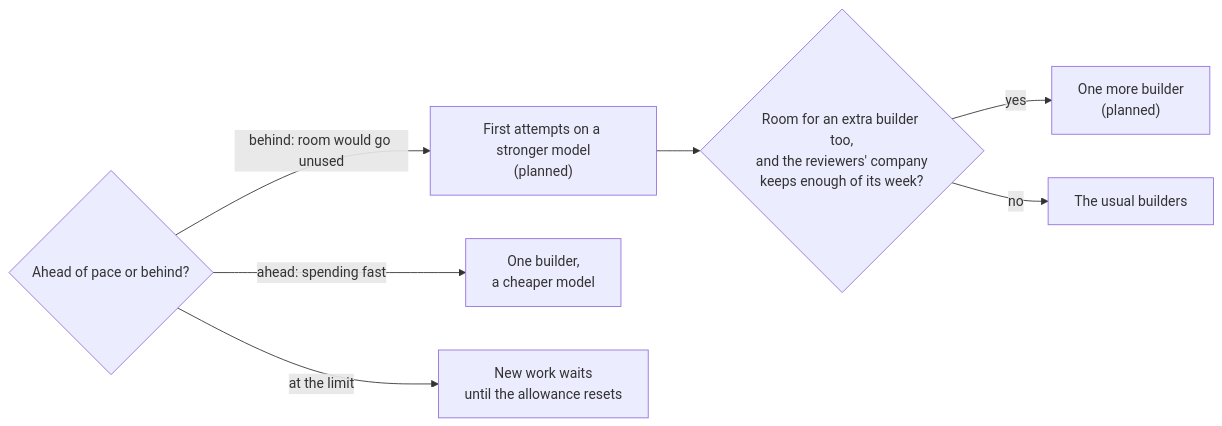
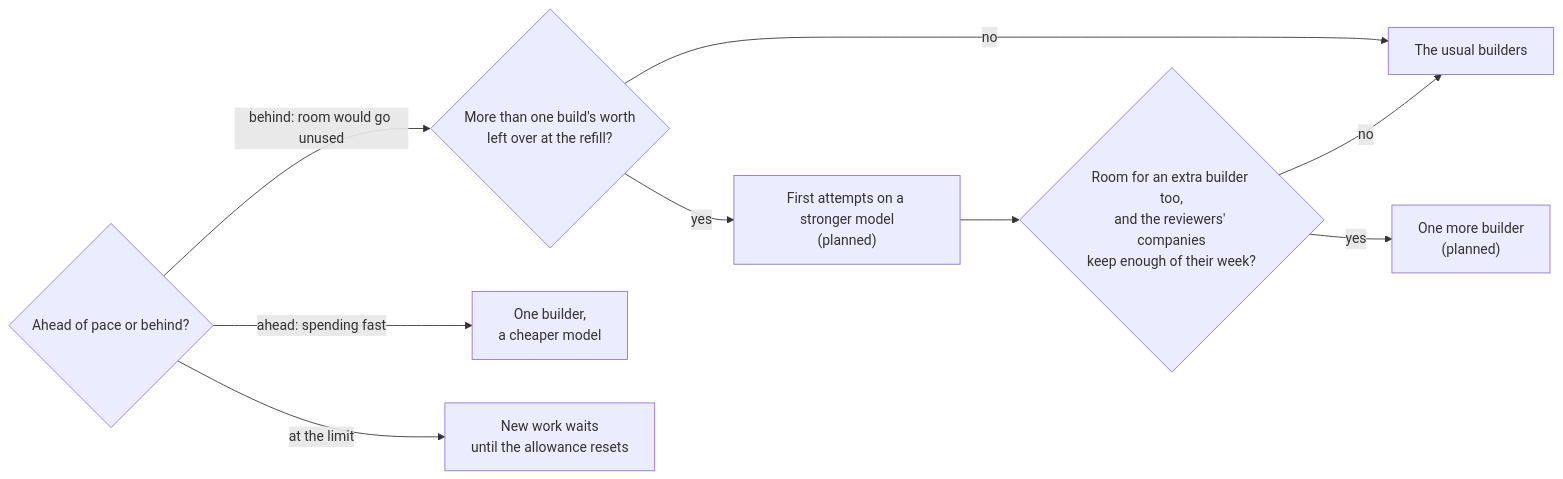
The sixth of 6 diagrams in docs/guide/how-intakt-works.md (shinyredapples/intakt), drawn with Mermaid before and after one commit. The commit also changed 3 other files, not shown here.

Commit message:
docs(design): cover several second vendors, separate the expiring-room arm, gate the diagrams

````diff
--- a/docs/guide/how-intakt-works.md
+++ b/docs/guide/how-intakt-works.md
@@ -137,9 +137,11 @@
 ```mermaid
 flowchart LR
-  pace{Ahead of pace or behind?} -- "behind: room would go unused" --> strong["First attempts on a stronger model<br/>(planned)"]
-  strong --> extra{"Room for an extra builder too,<br/>and the reviewers' company<br/>keeps enough of its week?"}
+  pace{Ahead of pace or behind?} -- "behind: room would go unused" --> left{"More than one build's worth<br/>left over at the refill?"}
+  left -- no --> same
+  left -- yes --> strong["First attempts on a stronger model<br/>(planned)"]
+  strong --> extra{"Room for an extra builder too,<br/>and the reviewers' companies<br/>keep enough of their week?"}
   extra -- yes --> more["One more builder<br/>(planned)"]
   extra -- no --> same[The usual builders]
   pace -- ahead: spending fast --> less[One builder,<br/>a cheaper model]
   pace -- at the limit --> stop[New work waits<br/>until the allowance resets]
 ```
````
